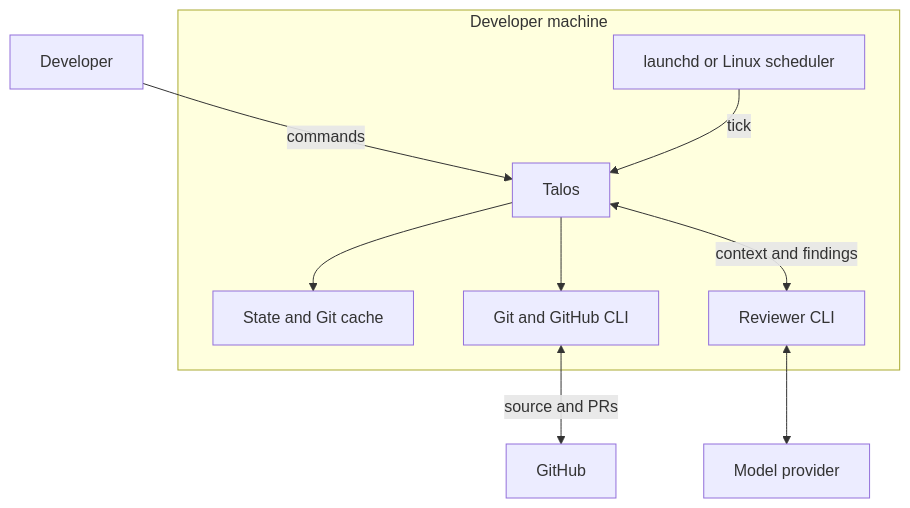
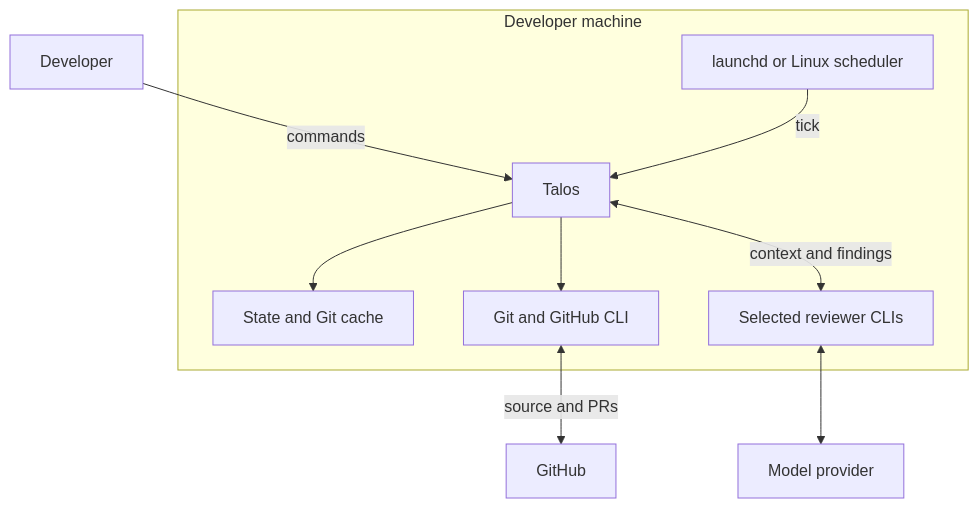
One commit to paulbalaji/talos changed the diagram in README.md. Above: the diagram before and after it, drawn with Mermaid. The commit also changed other lines of this file and 6 other files, not shown here.

````diff
--- a/README.md
+++ b/README.md
@@ -77,12 +86,12 @@
 ```mermaid
 flowchart TD
     User[Developer] -->|commands| Talos
     subgraph Machine[Developer machine]
         Scheduler[launchd or Linux scheduler] -->|tick| Talos[Talos]
         Talos --> State[State and Git cache]
         Talos --> Tools[Git and GitHub CLI]
-        Talos <-->|context and findings| Reviewer[Reviewer CLI]
+        Talos <-->|context and findings| Reviewer[Selected reviewer CLIs]
     end
     Tools <-->|source and PRs| GitHub
     Reviewer <--> Provider[Model provider]
 ```
````
